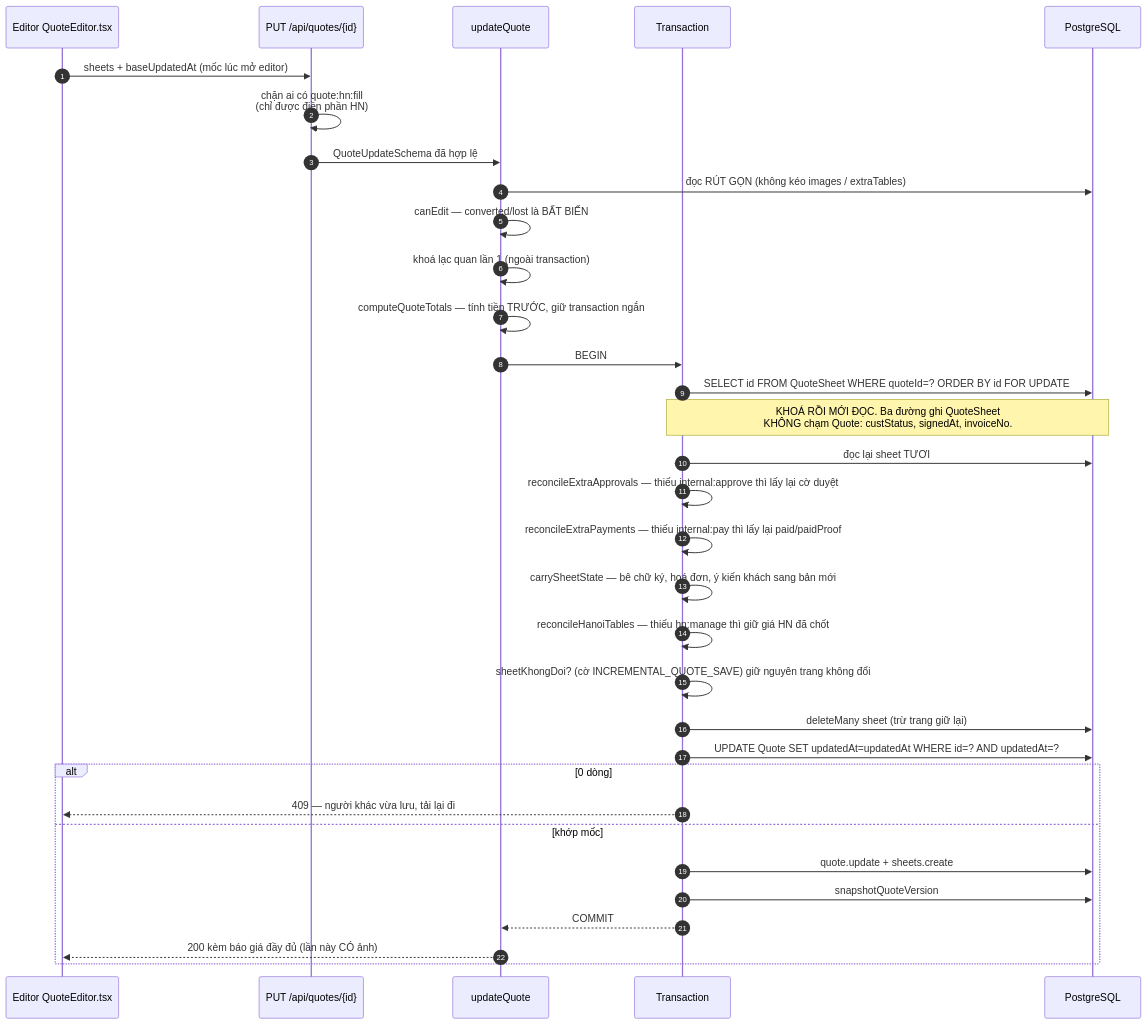
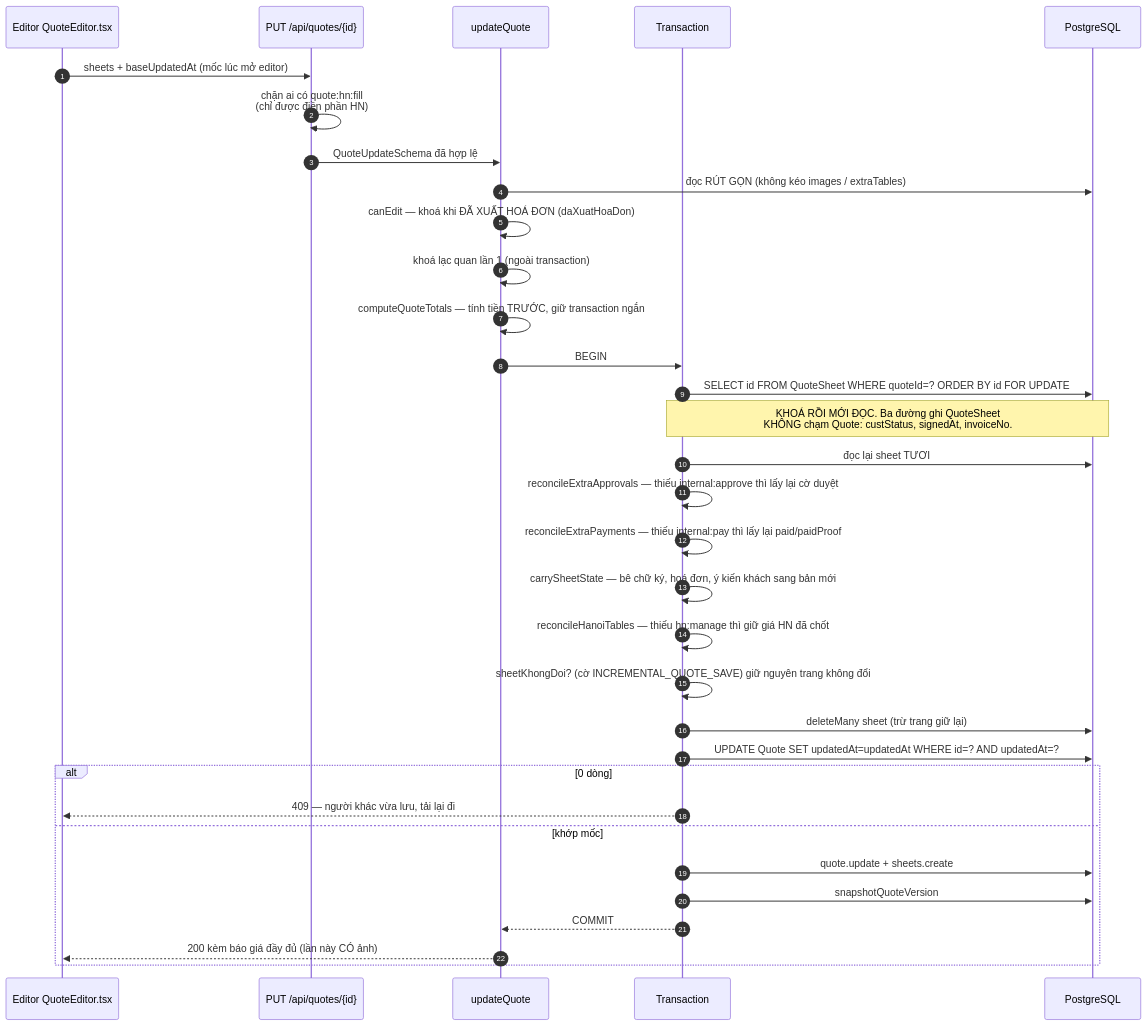
One commit to ndh0408/quanly-baogia changed the first of 2 diagrams in docs/architecture/diagrams/quote-save.md. Above: the diagram before and after it, drawn with Mermaid. The commit also changed other lines of this file and 26 other files, not shown here.

````diff
--- a/docs/architecture/diagrams/quote-save.md
+++ b/docs/architecture/diagrams/quote-save.md
@@ -11,37 +11,37 @@
 ```mermaid
 sequenceDiagram
     autonumber
     participant FE as Editor QuoteEditor.tsx
     participant RT as PUT /api/quotes/{id}
     participant SV as updateQuote
     participant TX as Transaction
     participant DB as PostgreSQL
 
     FE->>RT: sheets + baseUpdatedAt (mốc lúc mở editor)
     RT->>RT: chặn ai có quote:hn:fill<br/>(chỉ được điền phần HN)
     RT->>SV: QuoteUpdateSchema đã hợp lệ
     SV->>DB: đọc RÚT GỌN (không kéo images / extraTables)
-    SV->>SV: canEdit — converted/lost là BẤT BIẾN
+    SV->>SV: canEdit — khoá khi ĐÃ XUẤT HOÁ ĐƠN (daXuatHoaDon)
     SV->>SV: khoá lạc quan lần 1 (ngoài transaction)
     SV->>SV: computeQuoteTotals — tính tiền TRƯỚC, giữ transaction ngắn
 
     SV->>TX: BEGIN
     TX->>DB: SELECT id FROM QuoteSheet WHERE quoteId=? ORDER BY id FOR UPDATE
     Note over TX,DB: KHOÁ RỒI MỚI ĐỌC. Ba đường ghi QuoteSheet<br/>KHÔNG chạm Quote: custStatus, signedAt, invoiceNo.
     TX->>DB: đọc lại sheet TƯƠI
     TX->>TX: reconcileExtraApprovals — thiếu internal:approve thì lấy lại cờ duyệt
     TX->>TX: reconcileExtraPayments — thiếu internal:pay thì lấy lại paid/paidProof
     TX->>TX: carrySheetState — bê chữ ký, hoá đơn, ý kiến khách sang bản mới
     TX->>TX: reconcileHanoiTables — thiếu hn:manage thì giữ giá HN đã chốt
     TX->>TX: sheetKhongDoi? (cờ INCREMENTAL_QUOTE_SAVE) giữ nguyên trang không đổi
     TX->>DB: deleteMany sheet (trừ trang giữ lại)
     TX->>DB: UPDATE Quote SET updatedAt=updatedAt WHERE id=? AND updatedAt=?
     alt 0 dòng
         TX-->>FE: 409 — người khác vừa lưu, tải lại đi
     else khớp mốc
         TX->>DB: quote.update + sheets.create
         TX->>DB: snapshotQuoteVersion
         TX-->>SV: COMMIT
         SV-->>FE: 200 kèm báo giá đầy đủ (lần này CÓ ảnh)
     end
 ```
````
